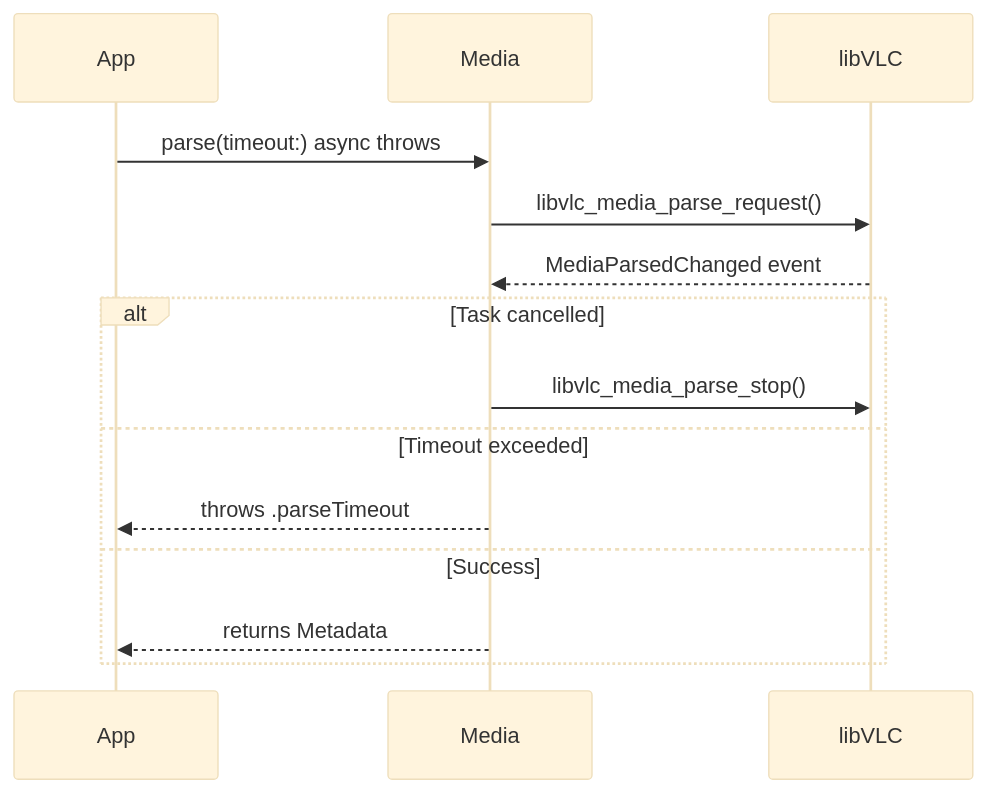
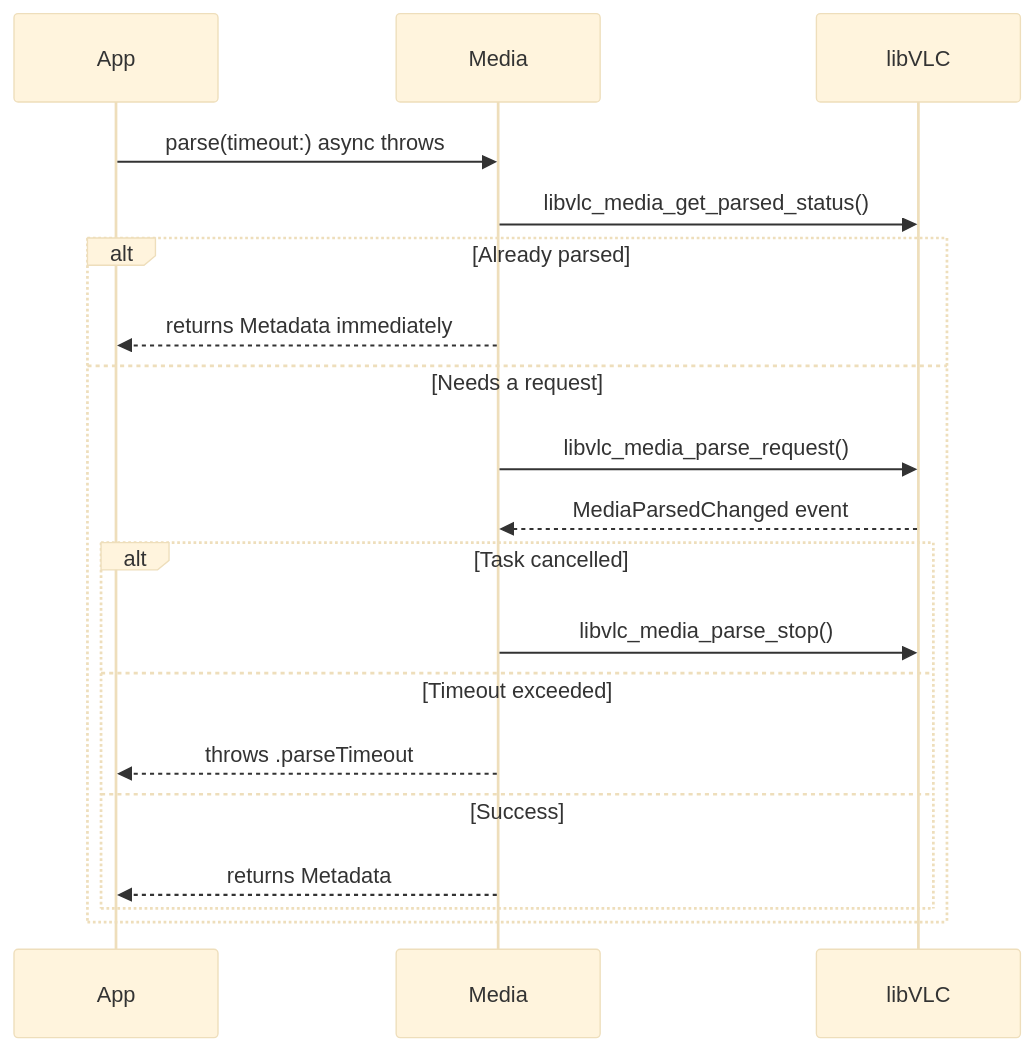
Before and after one commit to harflabs/SwiftVLC: the second of 7 diagrams in ARCHITECTURE.md, drawn with Mermaid (base theme). The commit also changed other lines of this file and 1 other file, not shown here.

First line of the commit message:
Rewrite the README and the architecture document

````diff
--- a/ARCHITECTURE.md
+++ b/ARCHITECTURE.md
@@ -215,17 +216,22 @@
 ```mermaid
 sequenceDiagram
     participant App
     participant Media
     participant libVLC
 
     App->>Media: parse(timeout:) async throws
-    Media->>libVLC: libvlc_media_parse_request()
-    libVLC-->>Media: MediaParsedChanged event
-    alt Task cancelled
-        Media->>libVLC: libvlc_media_parse_stop()
-    else Timeout exceeded
-        Media-->>App: throws .parseTimeout
-    else Success
-        Media-->>App: returns Metadata
+    Media->>libVLC: libvlc_media_get_parsed_status()
+    alt Already parsed
+        Media-->>App: returns Metadata immediately
+    else Needs a request
+        Media->>libVLC: libvlc_media_parse_request()
+        libVLC-->>Media: MediaParsedChanged event
+        alt Task cancelled
+            Media->>libVLC: libvlc_media_parse_stop()
+        else Timeout exceeded
+            Media-->>App: throws .parseTimeout
+        else Success
+            Media-->>App: returns Metadata
+        end
     end
 ```
````
